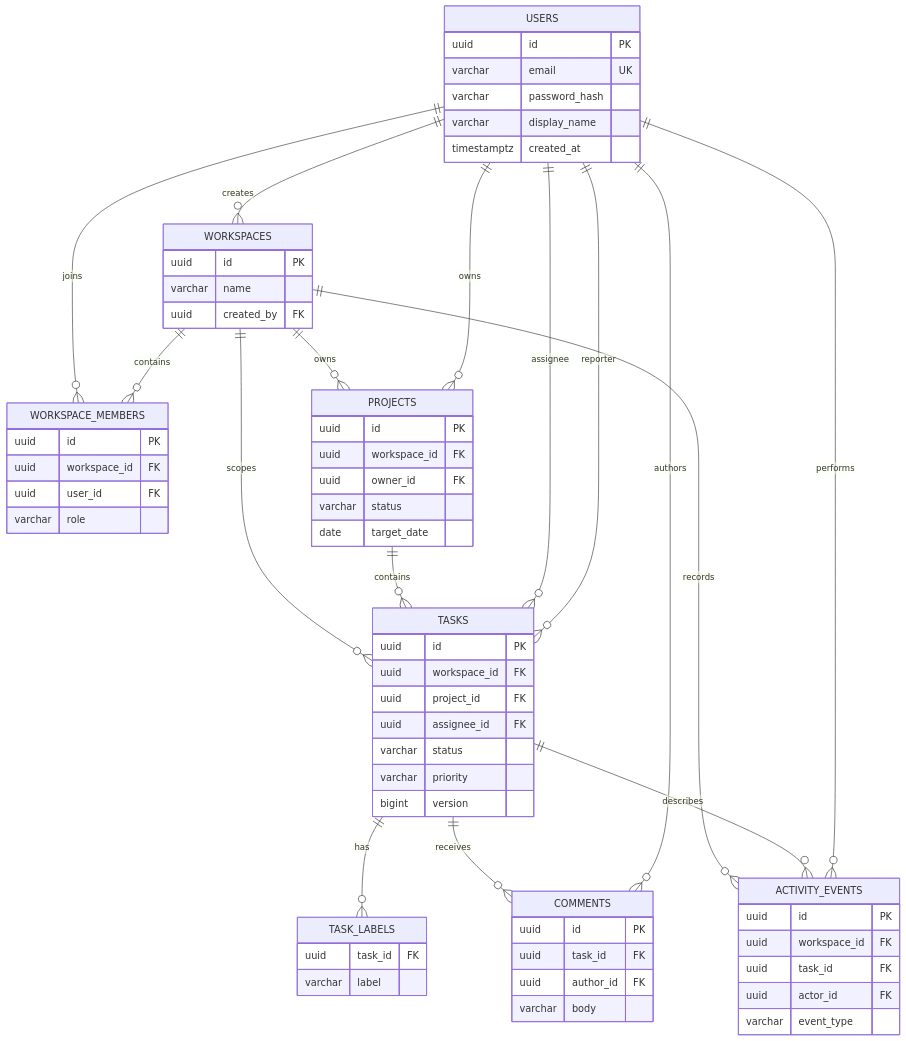
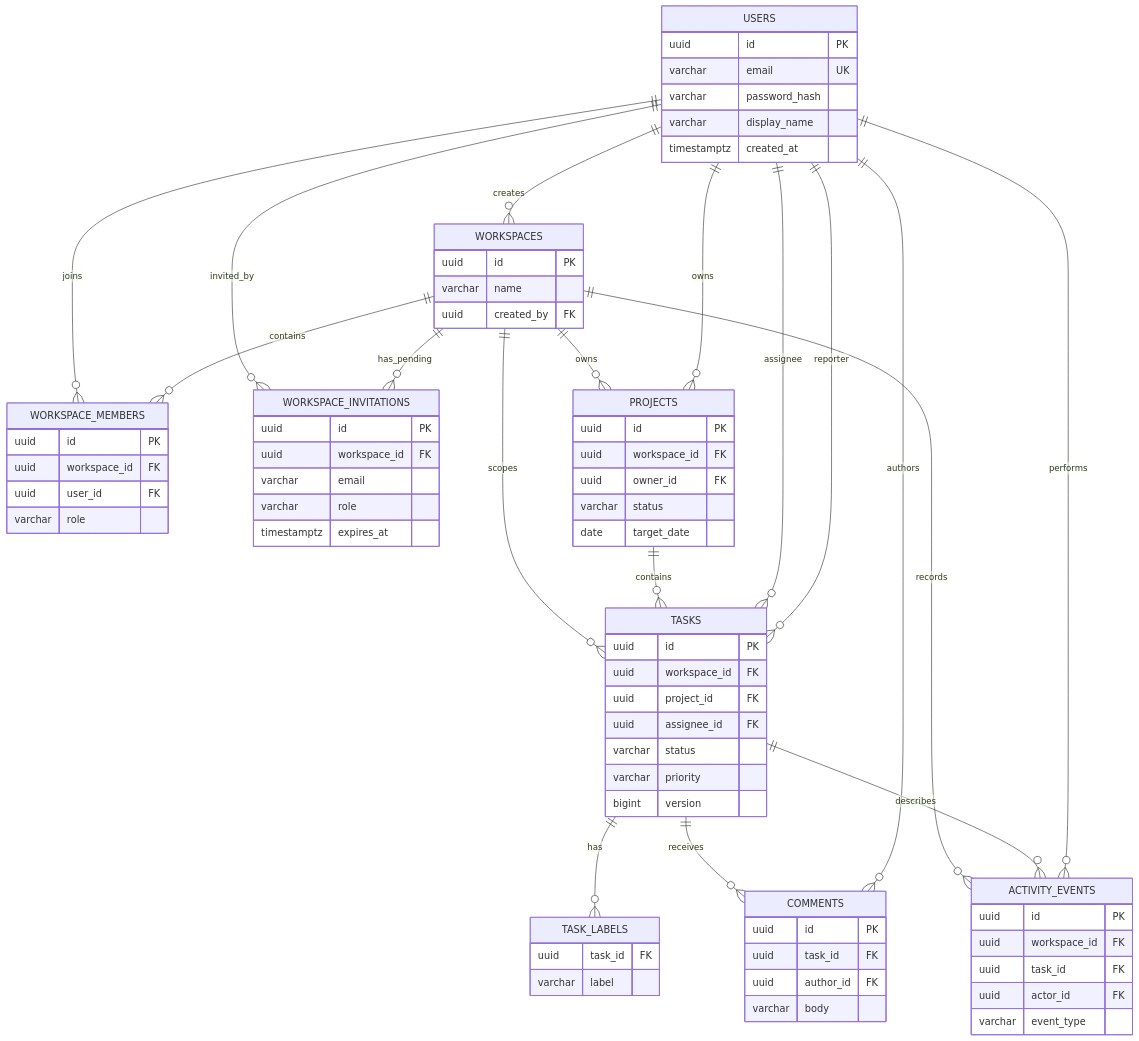
Before and after one commit to Jyothsna-jgoru/taskflow-pro: the second of 2 diagrams in README.md, drawn with Mermaid. The commit also changed other lines of this file and 21 other files, not shown here.

````diff
--- a/README.md
+++ b/README.md
@@ -73,33 +73,36 @@
 ```mermaid
 erDiagram
     USERS ||--o{ WORKSPACE_MEMBERS : joins
+    USERS ||--o{ WORKSPACE_INVITATIONS : invited_by
     USERS ||--o{ WORKSPACES : creates
     WORKSPACES ||--o{ WORKSPACE_MEMBERS : contains
+    WORKSPACES ||--o{ WORKSPACE_INVITATIONS : has_pending
     WORKSPACES ||--o{ PROJECTS : owns
     WORKSPACES ||--o{ TASKS : scopes
     USERS ||--o{ PROJECTS : owns
     PROJECTS ||--o{ TASKS : contains
     USERS ||--o{ TASKS : assignee
     USERS ||--o{ TASKS : reporter
     TASKS ||--o{ TASK_LABELS : has
     TASKS ||--o{ COMMENTS : receives
     USERS ||--o{ COMMENTS : authors
     WORKSPACES ||--o{ ACTIVITY_EVENTS : records
     TASKS ||--o{ ACTIVITY_EVENTS : describes
     USERS ||--o{ ACTIVITY_EVENTS : performs
 
     USERS {
       uuid id PK
       varchar email UK
       varchar password_hash
       varchar display_name
       timestamptz created_at
     }
     WORKSPACES { uuid id PK varchar name uuid created_by FK }
     WORKSPACE_MEMBERS { uuid id PK uuid workspace_id FK uuid user_id FK varchar role }
+    WORKSPACE_INVITATIONS { uuid id PK uuid workspace_id FK varchar email varchar role timestamptz expires_at }
     PROJECTS { uuid id PK uuid workspace_id FK uuid owner_id FK varchar status date target_date }
     TASKS { uuid id PK uuid workspace_id FK uuid project_id FK uuid assignee_id FK varchar status varchar priority bigint version }
     TASK_LABELS { uuid task_id FK varchar label }
     COMMENTS { uuid id PK uuid task_id FK uuid author_id FK varchar body }
     ACTIVITY_EVENTS { uuid id PK uuid workspace_id FK uuid task_id FK uuid actor_id FK varchar event_type }
 ```
````
